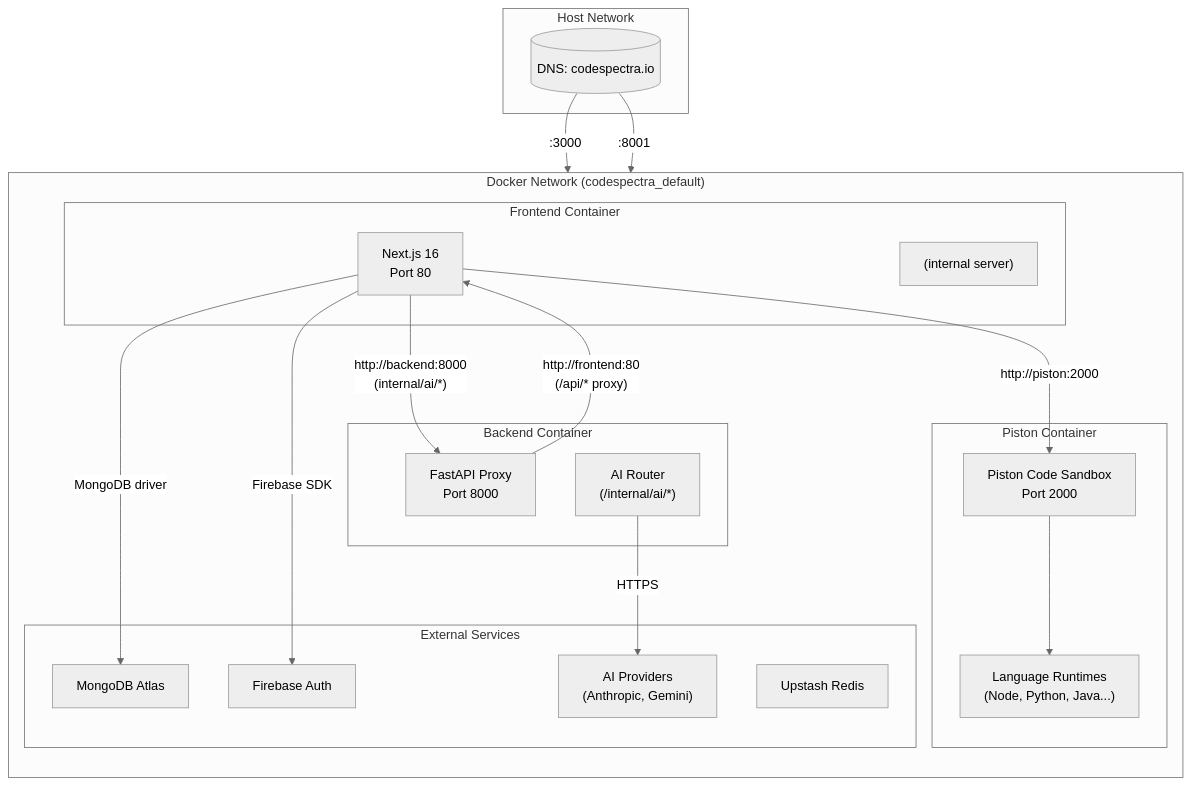
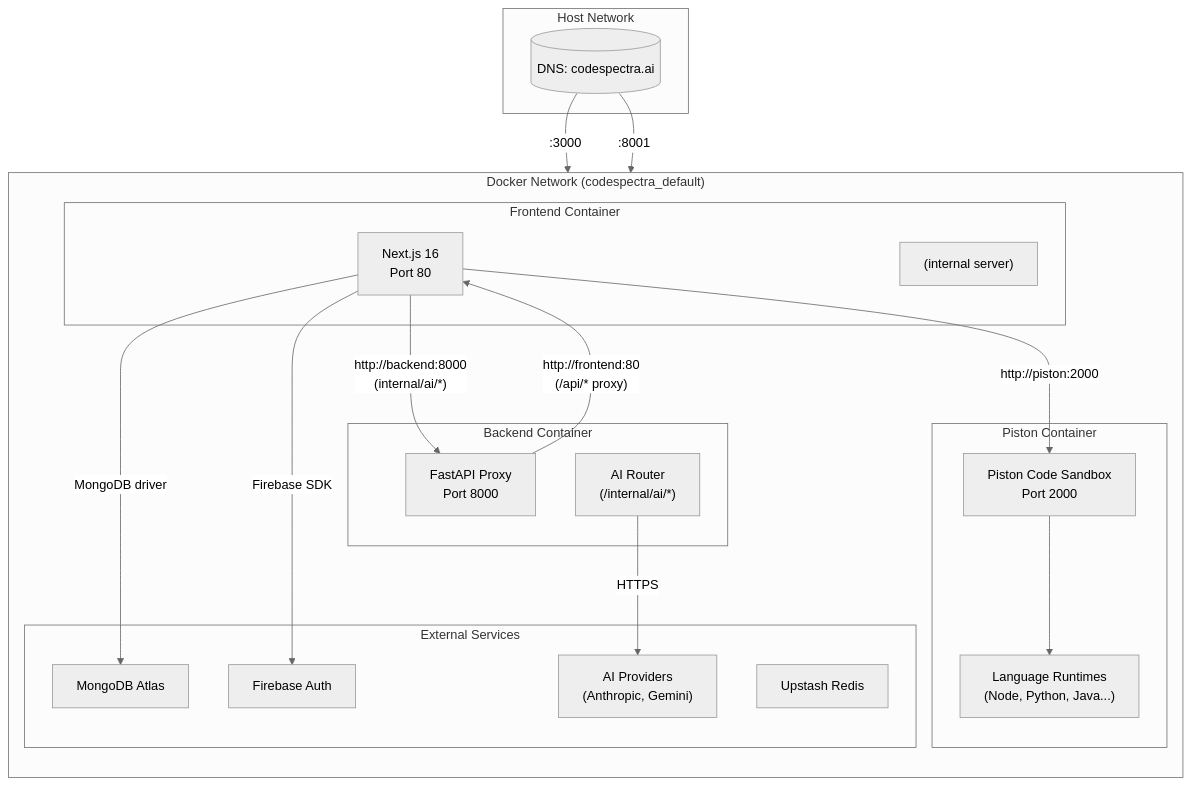
The first of 2 diagrams in docs/devops/02-Docker-Architecture.md (kktejas07/CodeSpectra-Master), drawn with Mermaid (neutral theme) before and after one commit. The commit also changed 30 other files, not shown here.

````diff
--- a/docs/devops/02-Docker-Architecture.md
+++ b/docs/devops/02-Docker-Architecture.md
@@ -10,45 +10,45 @@
 ```mermaid
 graph TB
     subgraph "Host Network"
-        INGRESS[("DNS: codespectra.io")]
+        INGRESS[("DNS: codespectra.ai")]
     end
 
     subgraph "Docker Network (codespectra_default)"
         direction TB
 
         subgraph "Frontend Container"
             F_APP["Next.js 16<br/>Port 80"]
             F_NGINX["(internal server)"]
         end
 
         subgraph "Backend Container"
             B_FASTAPI["FastAPI Proxy<br/>Port 8000"]
             B_AI["AI Router<br/>(/internal/ai/*)"]
         end
 
         subgraph "Piston Container"
             P_PISTON["Piston Code Sandbox<br/>Port 2000"]
             P_RUNNERS["Language Runtimes<br/>(Node, Python, Java...)"]
         end
 
         subgraph "External Services"
             MDB[MongoDB Atlas]
             FIRE[Firebase Auth]
             LLM["AI Providers<br/>(Anthropic, Gemini)"]
             UPST[Upstash Redis]
         end
     end
 
     INGRESS -->|":3000"| F_APP
     INGRESS -->|":8001"| B_FASTAPI
 
     F_APP -->|"http://piston:2000"| P_PISTON
     F_APP -->|"http://backend:8000<br/>(internal/ai/*)"| B_FASTAPI
     F_APP -->|MongoDB driver| MDB
     F_APP -->|Firebase SDK| FIRE
 
     B_FASTAPI -->|"http://frontend:80<br/>(/api/* proxy)"| F_APP
     B_AI -->|HTTPS| LLM
 
     P_PISTON --> P_RUNNERS
 ```
````
